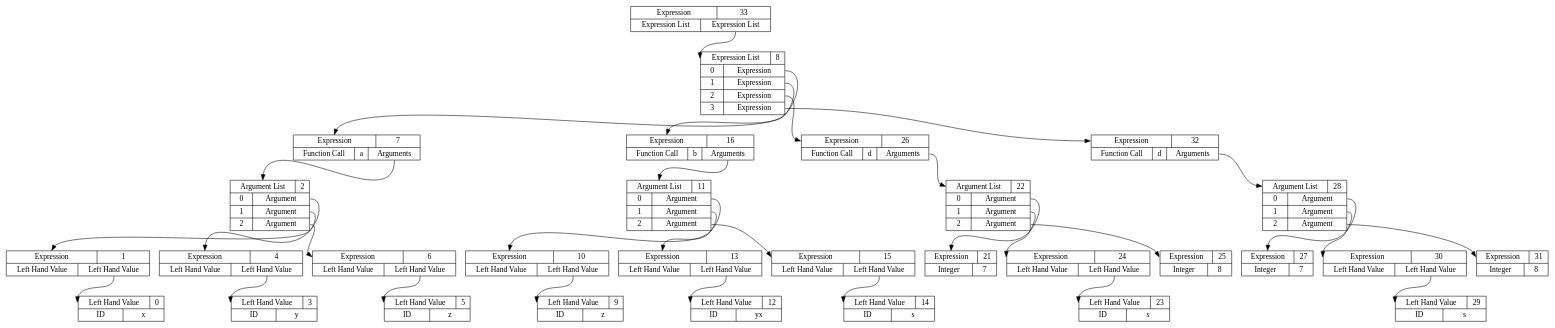
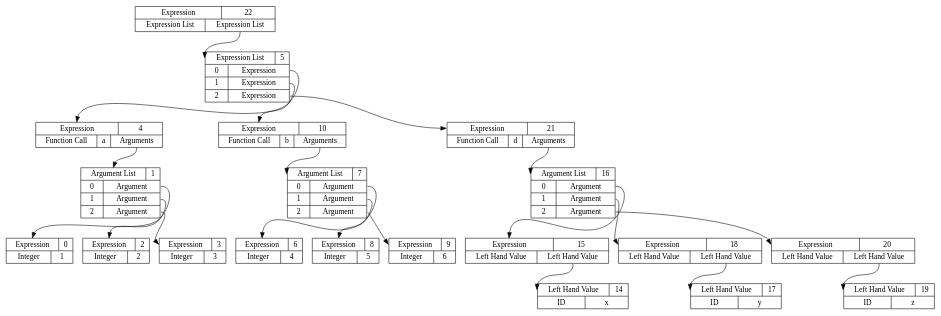
The diagram in test.dot (BillWSY/Compiler-T), drawn with Graphviz before and after one commit. The commit also changed 31 other files, not shown here.

```diff
--- a/test.dot
+++ b/test.dot
@@ -1,61 +1,41 @@
 digraph ast {
-33 [shape=record, label="{ { <ptr> Expression | 33 } |{ Expression List | <explist> Expression List} }"];
-7 [shape=record, label="{ { <ptr> Expression | 7 } |{ Function Call | a | <argpos> Arguments} }"];
-1 [shape=record, label="{ { <ptr> Expression | 1 } |{ Left Hand Value | <lval> Left Hand Value} }"];
-0 [shape=record, label="{ { <ptr> Left Hand Value | 0 } | { ID | x } } "];
-1:lval -> 0:ptr
-2:pos0 -> 1:ptr;
-4 [shape=record, label="{ { <ptr> Expression | 4 } |{ Left Hand Value | <lval> Left Hand Value} }"];
-3 [shape=record, label="{ { <ptr> Left Hand Value | 3 } | { ID | y } } "];
-4:lval -> 3:ptr
-2:pos1 -> 4:ptr;
-6 [shape=record, label="{ { <ptr> Expression | 6 } |{ Left Hand Value | <lval> Left Hand Value} }"];
-5 [shape=record, label="{ { <ptr> Left Hand Value | 5 } | { ID | z } } "];
-6:lval -> 5:ptr
-2:pos2 -> 6:ptr;
-2 [shape=record, label="{ { <ptr> Argument List | 2 } | { 0 | <pos0> Argument }| { 1 | <pos1> Argument }| { 2 | <pos2> Argument } }"];
-7:argpos -> 2:ptr
-8:pos0 -> 7:ptr;
-16 [shape=record, label="{ { <ptr> Expression | 16 } |{ Function Call | b | <argpos> Arguments} }"];
-10 [shape=record, label="{ { <ptr> Expression | 10 } |{ Left Hand Value | <lval> Left Hand Value} }"];
-9 [shape=record, label="{ { <ptr> Left Hand Value | 9 } | { ID | z } } "];
-10:lval -> 9:ptr
-11:pos0 -> 10:ptr;
-13 [shape=record, label="{ { <ptr> Expression | 13 } |{ Left Hand Value | <lval> Left Hand Value} }"];
-12 [shape=record, label="{ { <ptr> Left Hand Value | 12 } | { ID | yx } } "];
-13:lval -> 12:ptr
-11:pos1 -> 13:ptr;
+22 [shape=record, label="{ { <ptr> Expression | 22 } |{ Expression List | <explist> Expression List} }"];
+4 [shape=record, label="{ { <ptr> Expression | 4 } |{ Function Call | a | <argpos> Arguments} }"];
+0 [shape=record, label="{ { <ptr> Expression | 0 } |{ Integer | 1 } }"];
+1:pos0 -> 0:ptr;
+2 [shape=record, label="{ { <ptr> Expression | 2 } |{ Integer | 2 } }"];
+1:pos1 -> 2:ptr;
+3 [shape=record, label="{ { <ptr> Expression | 3 } |{ Integer | 3 } }"];
+1:pos2 -> 3:ptr;
+1 [shape=record, label="{ { <ptr> Argument List | 1 } | { 0 | <pos0> Argument }| { 1 | <pos1> Argument }| { 2 | <pos2> Argument } }"];
+4:argpos -> 1:ptr
+5:pos0 -> 4:ptr;
+10 [shape=record, label="{ { <ptr> Expression | 10 } |{ Function Call | b | <argpos> Arguments} }"];
+6 [shape=record, label="{ { <ptr> Expression | 6 } |{ Integer | 4 } }"];
+7:pos0 -> 6:ptr;
+8 [shape=record, label="{ { <ptr> Expression | 8 } |{ Integer | 5 } }"];
+7:pos1 -> 8:ptr;
+9 [shape=record, label="{ { <ptr> Expression | 9 } |{ Integer | 6 } }"];
+7:pos2 -> 9:ptr;
+7 [shape=record, label="{ { <ptr> Argument List | 7 } | { 0 | <pos0> Argument }| { 1 | <pos1> Argument }| { 2 | <pos2> Argument } }"];
+10:argpos -> 7:ptr
+5:pos1 -> 10:ptr;
+21 [shape=record, label="{ { <ptr> Expression | 21 } |{ Function Call | d | <argpos> Arguments} }"];
 15 [shape=record, label="{ { <ptr> Expression | 15 } |{ Left Hand Value | <lval> Left Hand Value} }"];
-14 [shape=record, label="{ { <ptr> Left Hand Value | 14 } | { ID | s } } "];
+14 [shape=record, label="{ { <ptr> Left Hand Value | 14 } | { ID | x } } "];
 15:lval -> 14:ptr
-11:pos2 -> 15:ptr;
-11 [shape=record, label="{ { <ptr> Argument List | 11 } | { 0 | <pos0> Argument }| { 1 | <pos1> Argument }| { 2 | <pos2> Argument } }"];
-16:argpos -> 11:ptr
-8:pos1 -> 16:ptr;
-26 [shape=record, label="{ { <ptr> Expression | 26 } |{ Function Call | d | <argpos> Arguments} }"];
-21 [shape=record, label="{ { <ptr> Expression | 21 } |{ Integer | 7 } }"];
-22:pos0 -> 21:ptr;
-24 [shape=record, label="{ { <ptr> Expression | 24 } |{ Left Hand Value | <lval> Left Hand Value} }"];
-23 [shape=record, label="{ { <ptr> Left Hand Value | 23 } | { ID | s } } "];
-24:lval -> 23:ptr
-22:pos1 -> 24:ptr;
-25 [shape=record, label="{ { <ptr> Expression | 25 } |{ Integer | 8 } }"];
-22:pos2 -> 25:ptr;
-22 [shape=record, label="{ { <ptr> Argument List | 22 } | { 0 | <pos0> Argument }| { 1 | <pos1> Argument }| { 2 | <pos2> Argument } }"];
-26:argpos -> 22:ptr
-8:pos2 -> 26:ptr;
-32 [shape=record, label="{ { <ptr> Expression | 32 } |{ Function Call | d | <argpos> Arguments} }"];
-27 [shape=record, label="{ { <ptr> Expression | 27 } |{ Integer | 7 } }"];
-28:pos0 -> 27:ptr;
-30 [shape=record, label="{ { <ptr> Expression | 30 } |{ Left Hand Value | <lval> Left Hand Value} }"];
-29 [shape=record, label="{ { <ptr> Left Hand Value | 29 } | { ID | s } } "];
-30:lval -> 29:ptr
-28:pos1 -> 30:ptr;
-31 [shape=record, label="{ { <ptr> Expression | 31 } |{ Integer | 8 } }"];
-28:pos2 -> 31:ptr;
-28 [shape=record, label="{ { <ptr> Argument List | 28 } | { 0 | <pos0> Argument }| { 1 | <pos1> Argument }| { 2 | <pos2> Argument } }"];
-32:argpos -> 28:ptr
-8:pos3 -> 32:ptr;
-8 [shape=record, label="{ { <ptr> Expression List | 8 } | { 0 | <pos0> Expression }| { 1 | <pos1> Expression }| { 2 | <pos2> Expression }| { 3 | <pos3> Expression } }"];
-33:explist -> 8:ptr
+16:pos0 -> 15:ptr;
+18 [shape=record, label="{ { <ptr> Expression | 18 } |{ Left Hand Value | <lval> Left Hand Value} }"];
+17 [shape=record, label="{ { <ptr> Left Hand Value | 17 } | { ID | y } } "];
+18:lval -> 17:ptr
+16:pos1 -> 18:ptr;
+20 [shape=record, label="{ { <ptr> Expression | 20 } |{ Left Hand Value | <lval> Left Hand Value} }"];
+19 [shape=record, label="{ { <ptr> Left Hand Value | 19 } | { ID | z } } "];
+20:lval -> 19:ptr
+16:pos2 -> 20:ptr;
+16 [shape=record, label="{ { <ptr> Argument List | 16 } | { 0 | <pos0> Argument }| { 1 | <pos1> Argument }| { 2 | <pos2> Argument } }"];
+21:argpos -> 16:ptr
+5:pos2 -> 21:ptr;
+5 [shape=record, label="{ { <ptr> Expression List | 5 } | { 0 | <pos0> Expression }| { 1 | <pos1> Expression }| { 2 | <pos2> Expression } }"];
+22:explist -> 5:ptr
 }
```
